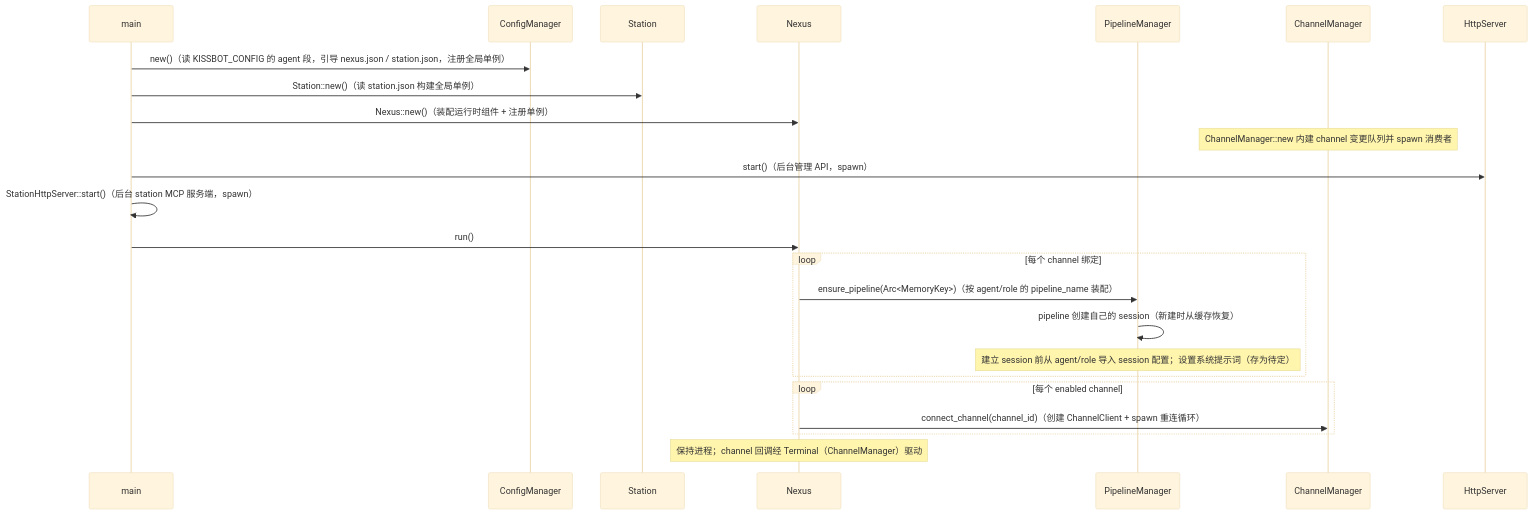
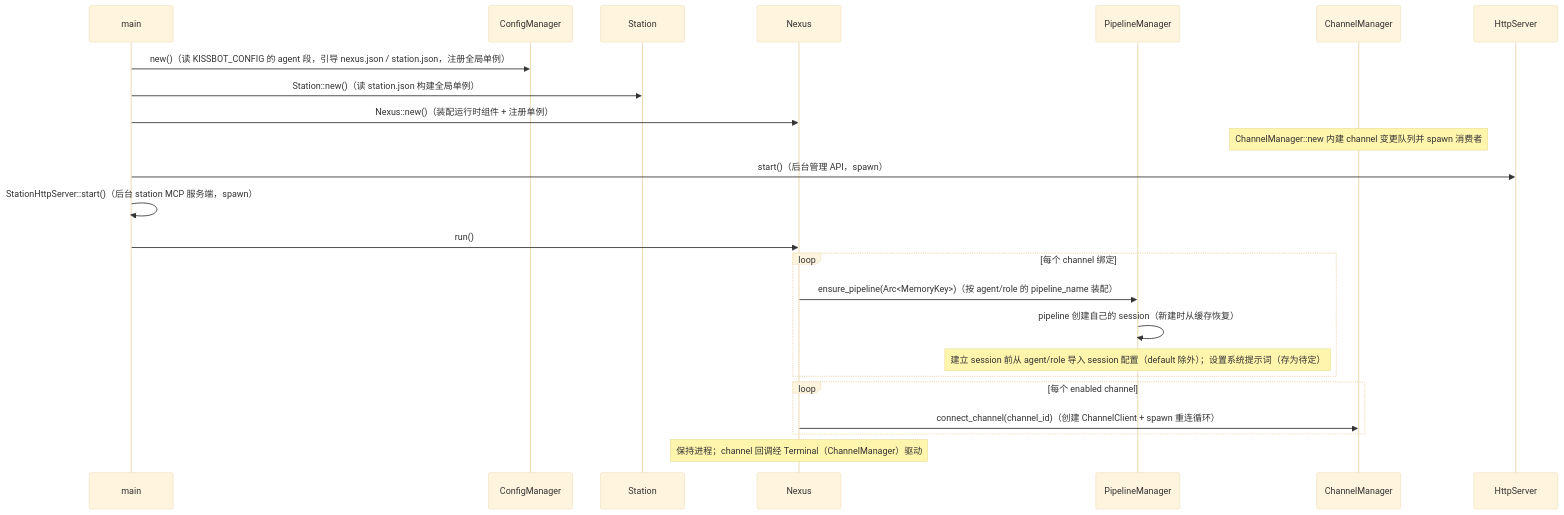
The second of 5 diagrams in docs/spec/agent-modules.md (coldcloude/kissbot), drawn with Mermaid (base theme) before and after one commit. The commit also changed other lines of this file and 4 other files, not shown here.

First line of the commit message:
default pipeline 不依赖 agent/role，模型配置缺失时记录错误并结束 run

````diff
--- a/docs/spec/agent-modules.md
+++ b/docs/spec/agent-modules.md
@@ -108,27 +108,27 @@
 ```mermaid
 sequenceDiagram
     participant main
     participant CFG as ConfigManager
     participant ST as Station
     participant CO as Nexus
     participant PLS as PipelineManager
     participant CHM as ChannelManager
     participant HS as HttpServer
 
     main->>CFG: new()（读 KISSBOT_CONFIG 的 agent 段，引导 nexus.json / station.json，注册全局单例）
     main->>ST: Station::new()（读 station.json 构建全局单例）
     main->>CO: Nexus::new()（装配运行时组件 + 注册单例）
     Note over CHM: ChannelManager::new 内建 channel 变更队列并 spawn 消费者
     main->>HS: start()（后台管理 API，spawn）
     main->>main: StationHttpServer::start()（后台 station MCP 服务端，spawn）
     main->>CO: run()
     loop 每个 channel 绑定
         CO->>PLS: ensure_pipeline(Arc<MemoryKey>)（按 agent/role 的 pipeline_name 装配）
         PLS->>PLS: pipeline 创建自己的 session（新建时从缓存恢复）
-        Note over PLS: 建立 session 前从 agent/role 导入 session 配置；设置系统提示词（存为待定）
+        Note over PLS: 建立 session 前从 agent/role 导入 session 配置（default 除外）；设置系统提示词（存为待定）
     end
     loop 每个 enabled channel
         CO->>CHM: connect_channel(channel_id)（创建 ChannelClient + spawn 重连循环）
     end
     Note over CO: 保持进程；channel 回调经 Terminal（ChannelManager）驱动
 ```
````
